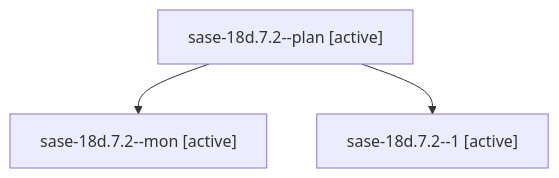
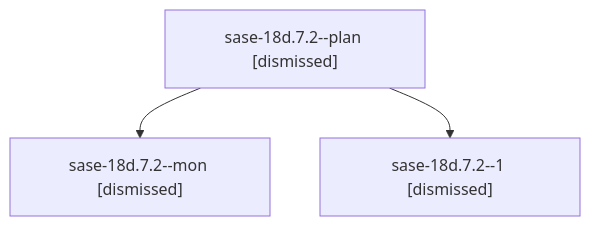
Before and after one commit to sase-org/sase--agents: the diagram in sessions/bbugyi200.athena.sase-18d.7.2.md, drawn with Mermaid. The commit also changed other lines of this file and 170 other files, not shown here.

````diff
--- a/sessions/bbugyi200.athena.sase-18d.7.2.md
+++ b/sessions/bbugyi200.athena.sase-18d.7.2.md
@@ -9,8 +9,8 @@
 ```mermaid
 flowchart TD
-  n0["sase-18d.7.2--plan [active]"]
-  n1["sase-18d.7.2--mon [active]"]
+  n0["sase-18d.7.2--plan [dismissed]"]
+  n1["sase-18d.7.2--mon [dismissed]"]
   n0 --> n1
-  n2["sase-18d.7.2--1 [active]"]
+  n2["sase-18d.7.2--1 [dismissed]"]
   n0 --> n2
 ```
````
